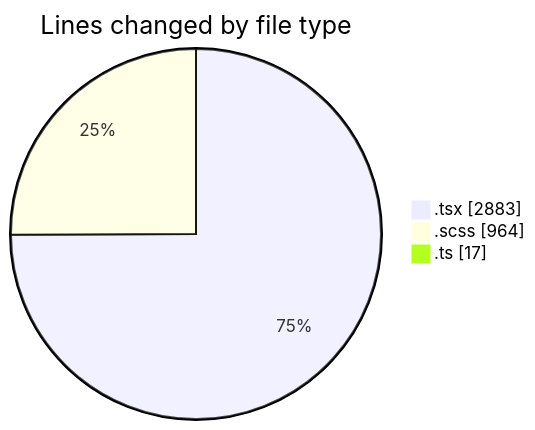
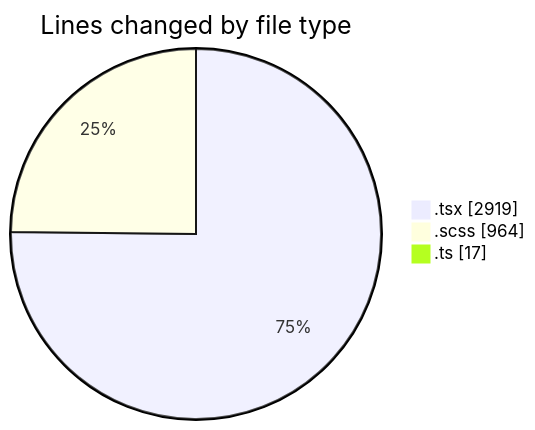
The first of 2 diagrams in 2025-09-19/cda/README.md (momahboobian/code-tracking), drawn with Mermaid before and after one commit. The commit also changed other lines of this file and 1 other file, not shown here.

````diff
--- a/2025-09-19/cda/README.md
+++ b/2025-09-19/cda/README.md
@@ -26,7 +26,7 @@
 ```mermaid
 pie showData
 title Lines changed by file type
-".tsx" : 2883
+".tsx" : 2919
 ".scss" : 964
 ".ts" : 17
 ```
````
